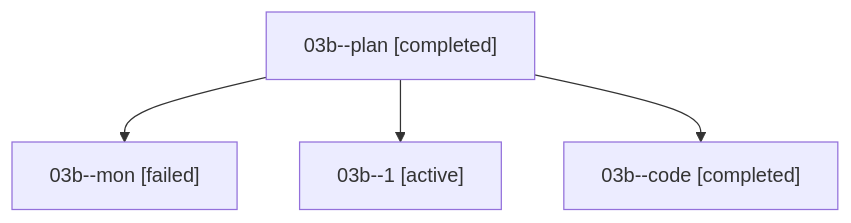
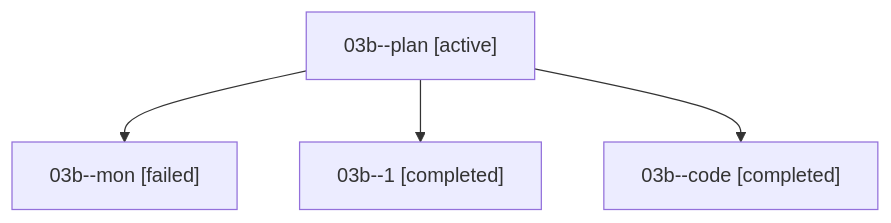
Before and after one commit to sase-org/sase--agents: the diagram in families/bbugyi200.athena.03b.md, drawn with Mermaid. The commit also changed other lines of this file and 35830 other files, not shown here.

````diff
--- a/families/bbugyi200.athena.03b.md
+++ b/families/bbugyi200.athena.03b.md
@@ -9,10 +9,10 @@
 ```mermaid
 flowchart TD
-  n0["03b--plan [completed]"]
+  n0["03b--plan [active]"]
   n1["03b--mon [failed]"]
   n0 --> n1
-  n2["03b--1 [active]"]
+  n2["03b--1 [completed]"]
   n0 --> n2
   n3["03b--code [completed]"]
   n0 --> n3
 ```
````
